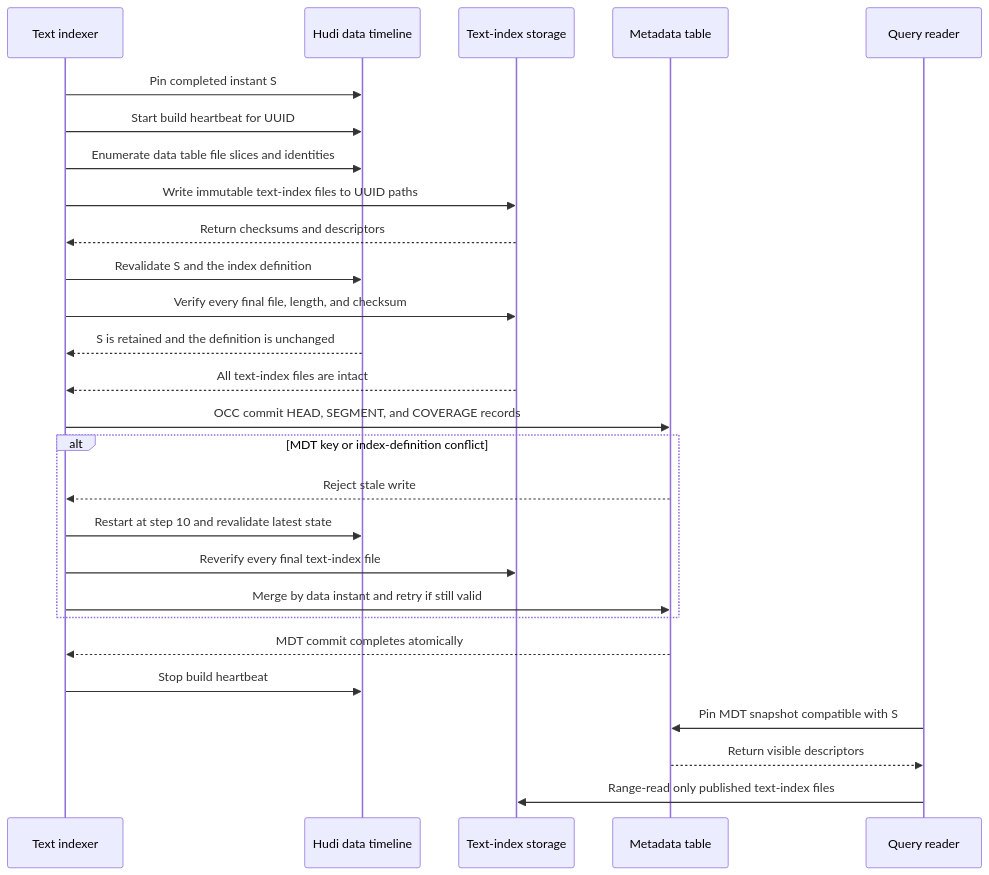
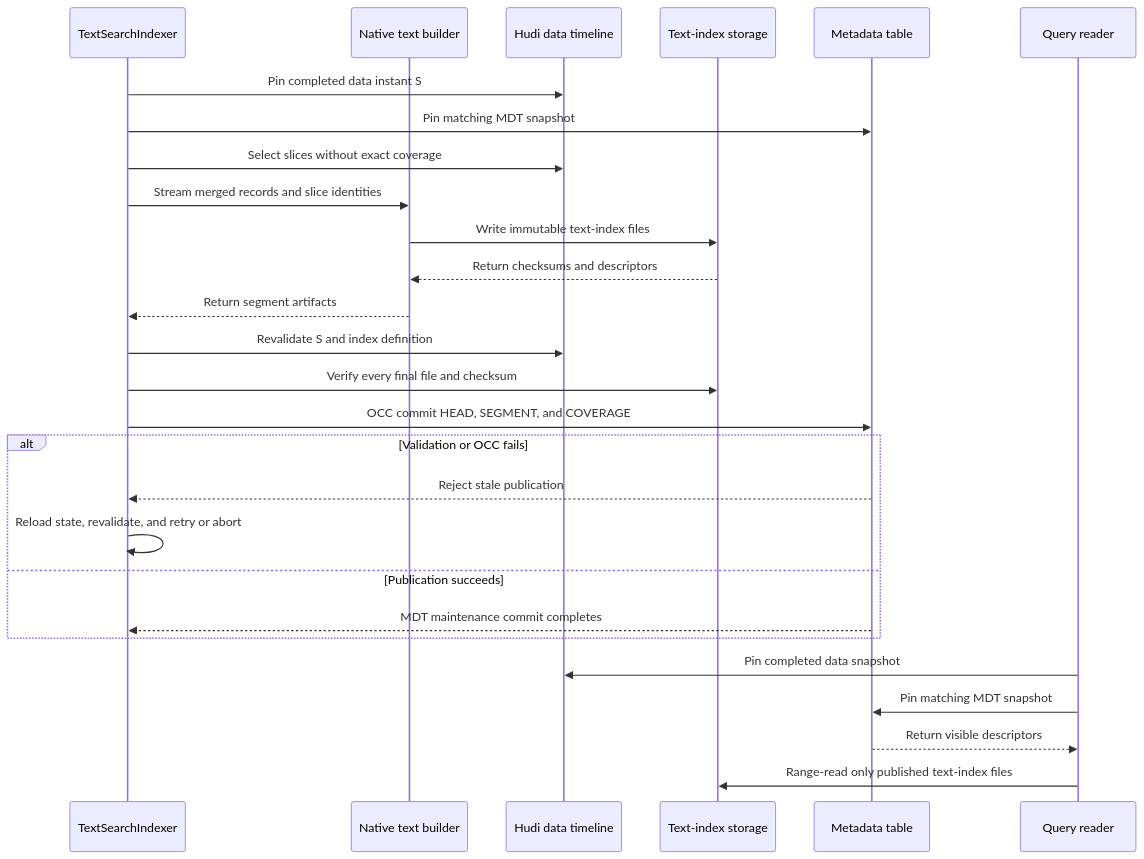
Before and after one commit to apache/hudi: the third of 4 diagrams in rfc/rfc-110/rfc-110.md, drawn with Mermaid. The commit also changed other lines of this file, not shown here.

Commit message:
docs: polish RFC-110 text index design

````diff
--- a/rfc/rfc-110/rfc-110.md
+++ b/rfc/rfc-110/rfc-110.md
@@ -627,30 +648,30 @@
 ```mermaid
 sequenceDiagram
-    participant I as Text indexer
+    participant I as TextSearchIndexer
+    participant N as Native text builder
     participant D as Hudi data timeline
     participant S as Text-index storage
     participant M as Metadata table
     participant Q as Query reader
 
-    I->>D: Pin completed instant S
-    I->>D: Start build heartbeat for UUID
-    I->>D: Enumerate data table file slices and identities
-    I->>S: Write immutable text-index files to UUID paths
-    S-->>I: Return checksums and descriptors
-    I->>D: Revalidate S and the index definition
-    I->>S: Verify every final file, length, and checksum
-    D-->>I: S is retained and the definition is unchanged
-    S-->>I: All text-index files are intact
-    I->>M: OCC commit HEAD, SEGMENT, and COVERAGE records
-    alt MDT key or index-definition conflict
-        M-->>I: Reject stale write
-        I->>D: Restart at step 10 and revalidate latest state
-        I->>S: Reverify every final text-index file
-        I->>M: Merge by data instant and retry if still valid
+    I->>D: Pin completed data instant S
+    I->>M: Pin matching MDT snapshot
+    I->>D: Select slices without exact coverage
+    I->>N: Stream merged records and slice identities
+    N->>S: Write immutable text-index files
+    S-->>N: Return checksums and descriptors
+    N-->>I: Return segment artifacts
+    I->>D: Revalidate S and index definition
+    I->>S: Verify every final file and checksum
+    I->>M: OCC commit HEAD, SEGMENT, and COVERAGE
+    alt Validation or OCC fails
+        M-->>I: Reject stale publication
+        I->>I: Reload state, revalidate, and retry or abort
+    else Publication succeeds
+        M-->>I: MDT maintenance commit completes
     end
-    M-->>I: MDT commit completes atomically
-    I->>D: Stop build heartbeat
-    Q->>M: Pin MDT snapshot compatible with S
+    Q->>D: Pin completed data snapshot
+    Q->>M: Pin matching MDT snapshot
     M-->>Q: Return visible descriptors
     Q->>S: Range-read only published text-index files
 ```
````
